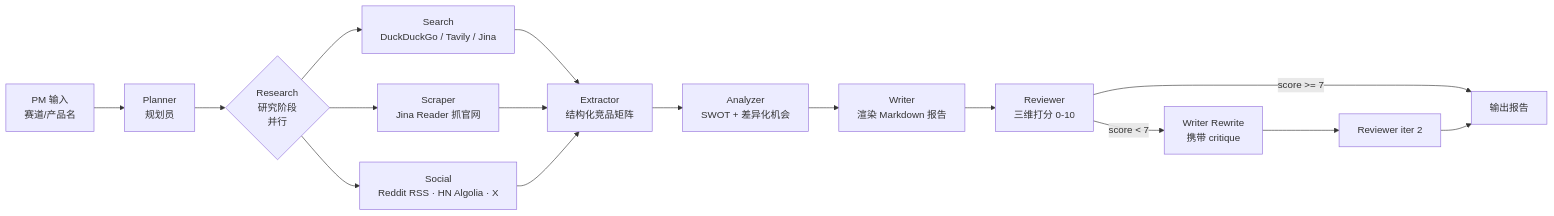
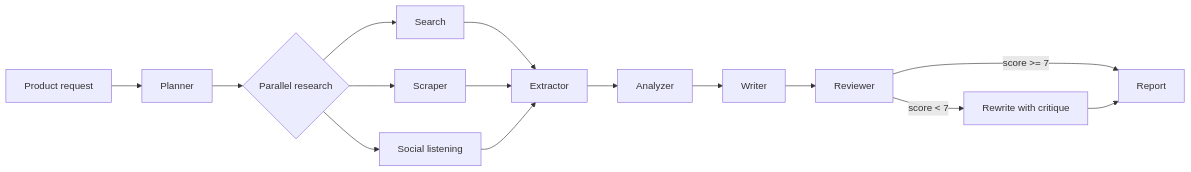
The diagram in README.md (realruian/PM_Agent_Team), drawn with Mermaid before and after one commit. The commit also changed other lines of this file and 1 other file, not shown here.

````diff
--- a/README.md
+++ b/README.md
@@ -60,16 +45,15 @@
 ```mermaid
 flowchart LR
-    U[PM 输入<br/>赛道/产品名] --> P[Planner<br/>规划员]
-    P --> R{Research<br/>研究阶段<br/>并行}
-    R --> S1[Search<br/>DuckDuckGo / Tavily / Jina]
-    R --> S2[Scraper<br/>Jina Reader 抓官网]
-    R --> S3[Social<br/>Reddit RSS · HN Algolia · X]
-    S1 & S2 & S3 --> E[Extractor<br/>结构化竞品矩阵]
-    E --> A[Analyzer<br/>SWOT + 差异化机会]
-    A --> W[Writer<br/>渲染 Markdown 报告]
-    W --> RV[Reviewer<br/>三维打分 0-10]
-    RV -->|score >= 7| OUT[输出报告]
-    RV -->|score < 7| W2[Writer Rewrite<br/>携带 critique]
-    W2 --> RV2[Reviewer iter 2]
-    RV2 --> OUT
+    U[Product request] --> P[Planner]
+    P --> R{Parallel research}
+    R --> S1[Search]
+    R --> S2[Scraper]
+    R --> S3[Social listening]
+    S1 & S2 & S3 --> E[Extractor]
+    E --> A[Analyzer]
+    A --> W[Writer]
+    W --> RV[Reviewer]
+    RV -->|score >= 7| OUT[Report]
+    RV -->|score < 7| W2[Rewrite with critique]
+    W2 --> OUT
 ```
````
